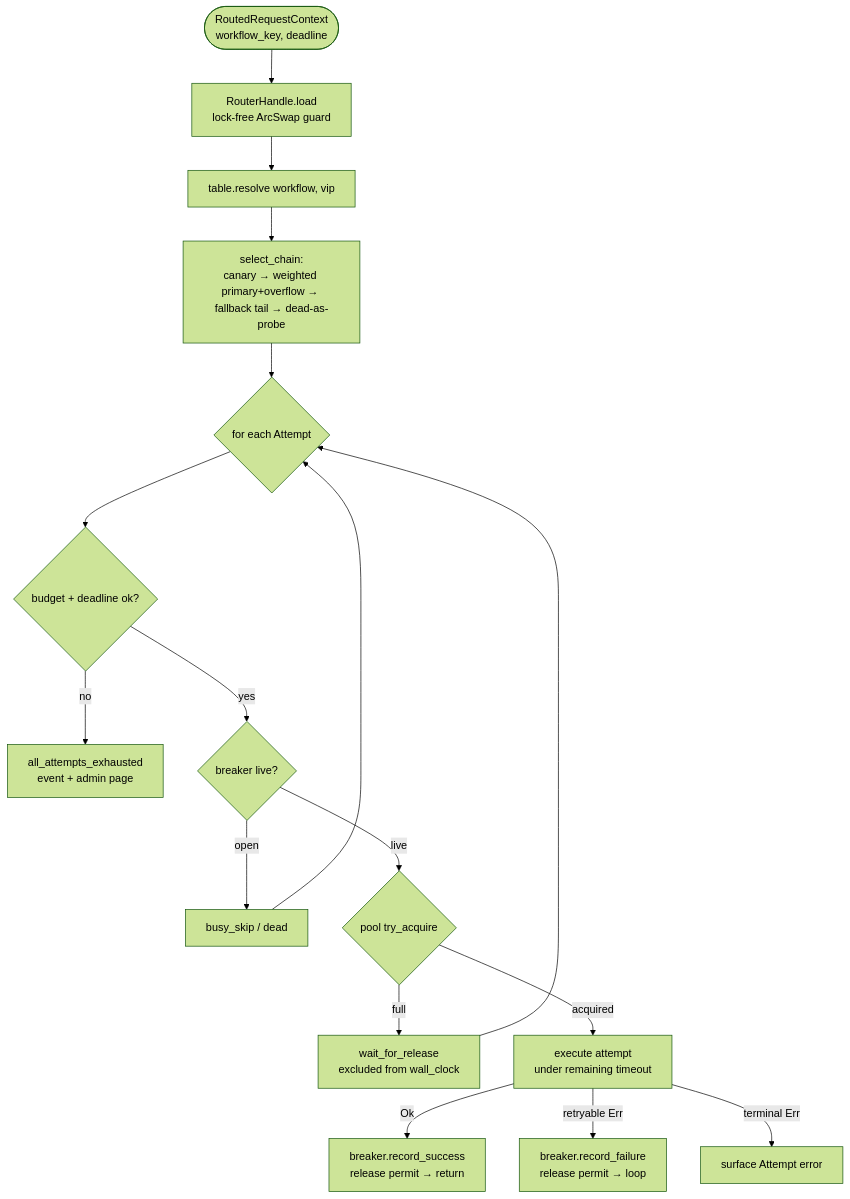
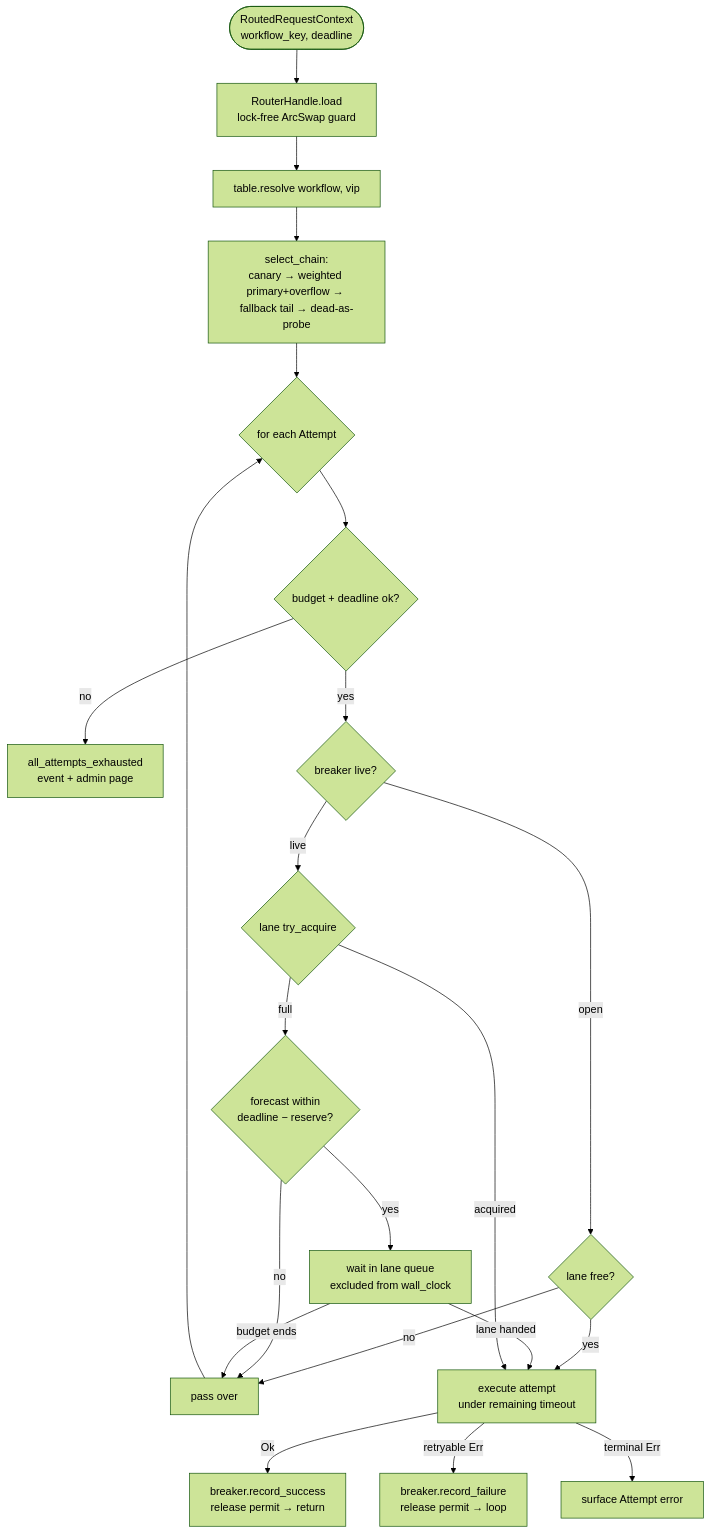
The fourth of 6 diagrams in docs/CODEBASE_MAP.md (iamwavecut/openplotva), drawn with Mermaid (forest theme) before and after one commit. The commit also changed other lines of this file and 8 other files, not shown here.

````diff
--- a/docs/CODEBASE_MAP.md
+++ b/docs/CODEBASE_MAP.md
@@ -574,19 +575,24 @@
 ```mermaid
 flowchart TB
     Start([RoutedRequestContext<br/>workflow_key, deadline]) --> Load[RouterHandle.load<br/>lock-free ArcSwap guard]
     Load --> Resolve[table.resolve workflow, vip]
     Resolve --> Chain[select_chain:<br/>canary → weighted primary+overflow → fallback tail → dead-as-probe]
     Chain --> Walk{for each Attempt}
     Walk --> Budget{budget + deadline ok?}
     Budget -- no --> Exhaust[all_attempts_exhausted<br/>event + admin page]
     Budget -- yes --> Live{breaker live?}
-    Live -- open --> Skip[busy_skip / dead]
-    Live -- live --> Pool{pool try_acquire}
-    Pool -- full --> Wait[wait_for_release<br/>excluded from wall_clock]
+    Live -- open --> Probe{lane free?}
+    Probe -- no --> Skip[pass over]
+    Probe -- yes --> Exec
+    Live -- live --> Pool{lane try_acquire}
+    Pool -- full --> Forecast{forecast within<br/>deadline − reserve?}
+    Forecast -- no --> Skip
+    Forecast -- yes --> Wait[wait in lane queue<br/>excluded from wall_clock]
+    Wait -- lane handed --> Exec
+    Wait -- budget ends --> Skip
     Pool -- acquired --> Exec[execute attempt<br/>under remaining timeout]
     Exec -- Ok --> Succ[breaker.record_success<br/>release permit → return]
     Exec -- retryable Err --> Fail[breaker.record_failure<br/>release permit → loop]
     Exec -- terminal Err --> Surf[surface Attempt error]
-    Wait --> Walk
     Skip --> Walk
 ```
````
